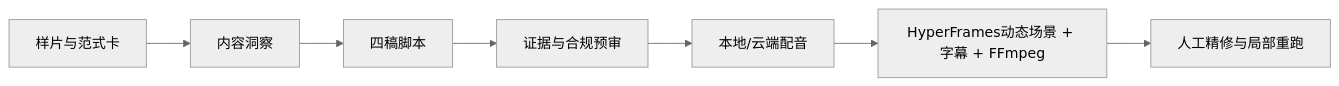
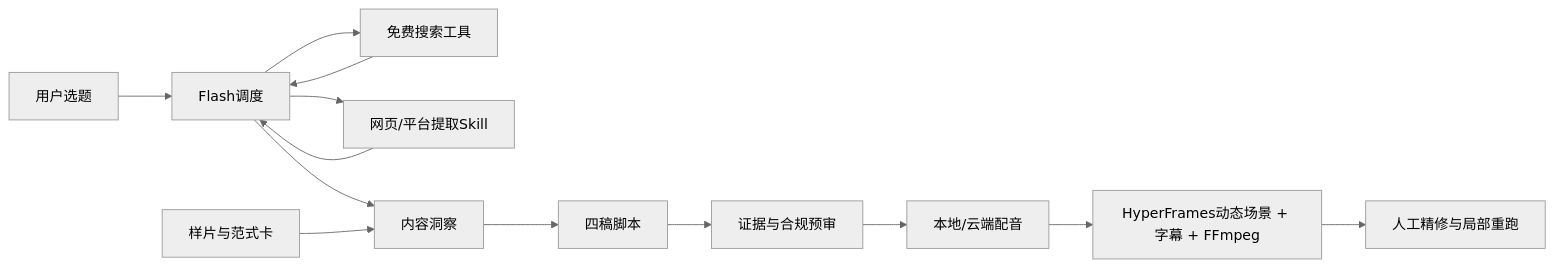
One commit to zhichenghe34-design/clean-air-ai-content-factory changed the diagram in README.md. Above: the diagram before and after it, drawn with Mermaid (neutral theme). The commit also changed other lines of this file and 14 other files, not shown here.

````diff
--- a/README.md
+++ b/README.md
@@ -45,9 +55,15 @@
 ```mermaid
 flowchart LR
-    A["样片与范式卡"] --> B["内容洞察"]
+    A["用户选题"] --> F0["Flash调度"]
+    F0 --> T1["免费搜索工具"]
+    F0 --> T2["网页/平台提取Skill"]
+    T1 --> F0
+    T2 --> F0
+    F0 --> B["内容洞察"]
+    P["样片与范式卡"] --> B
     B --> C["四稿脚本"]
     C --> D["证据与合规预审"]
     D --> E["本地/云端配音"]
     E --> F["HyperFrames动态场景 + 字幕 + FFmpeg"]
     F --> G["人工精修与局部重跑"]
 ```
````
